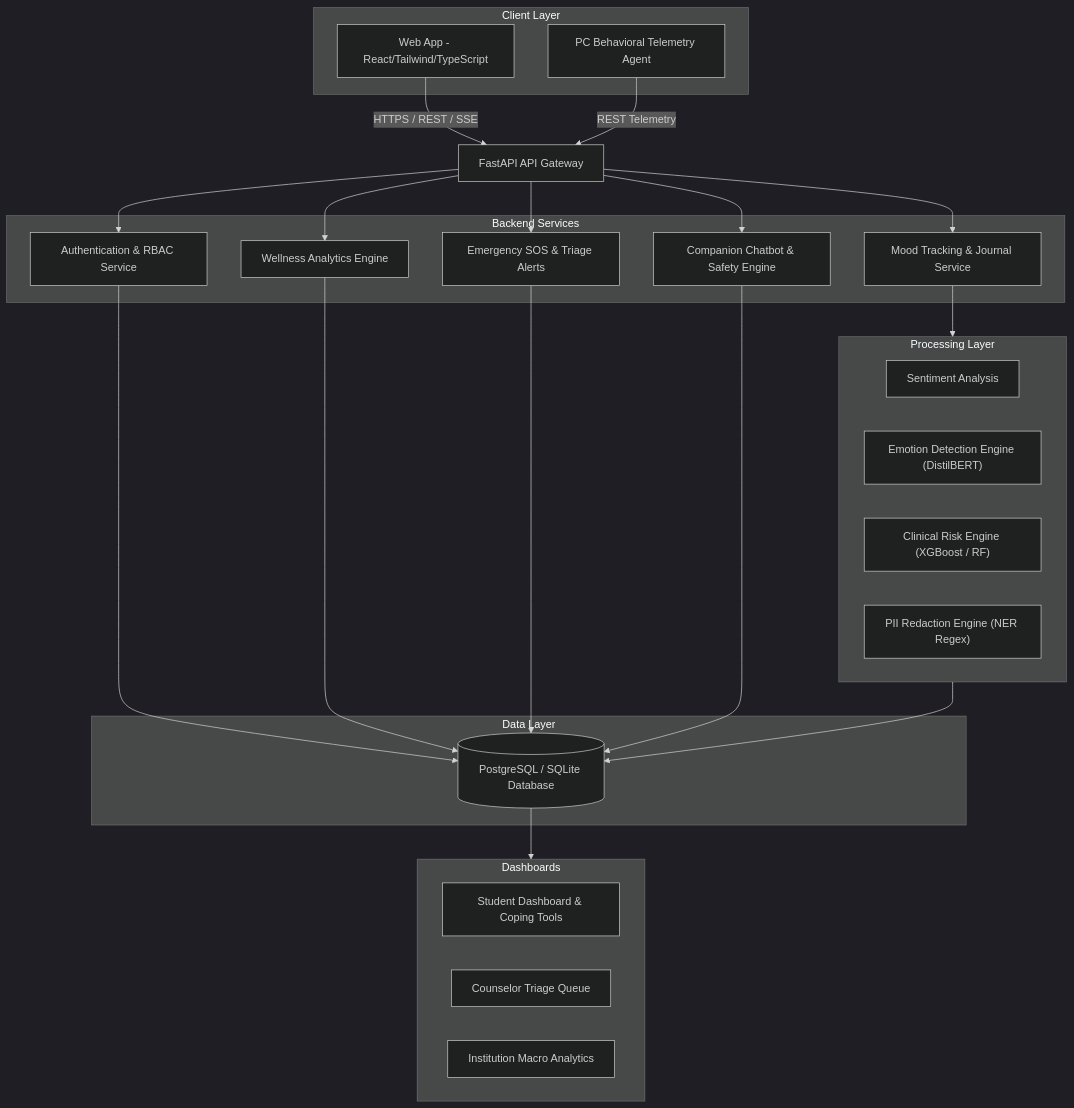
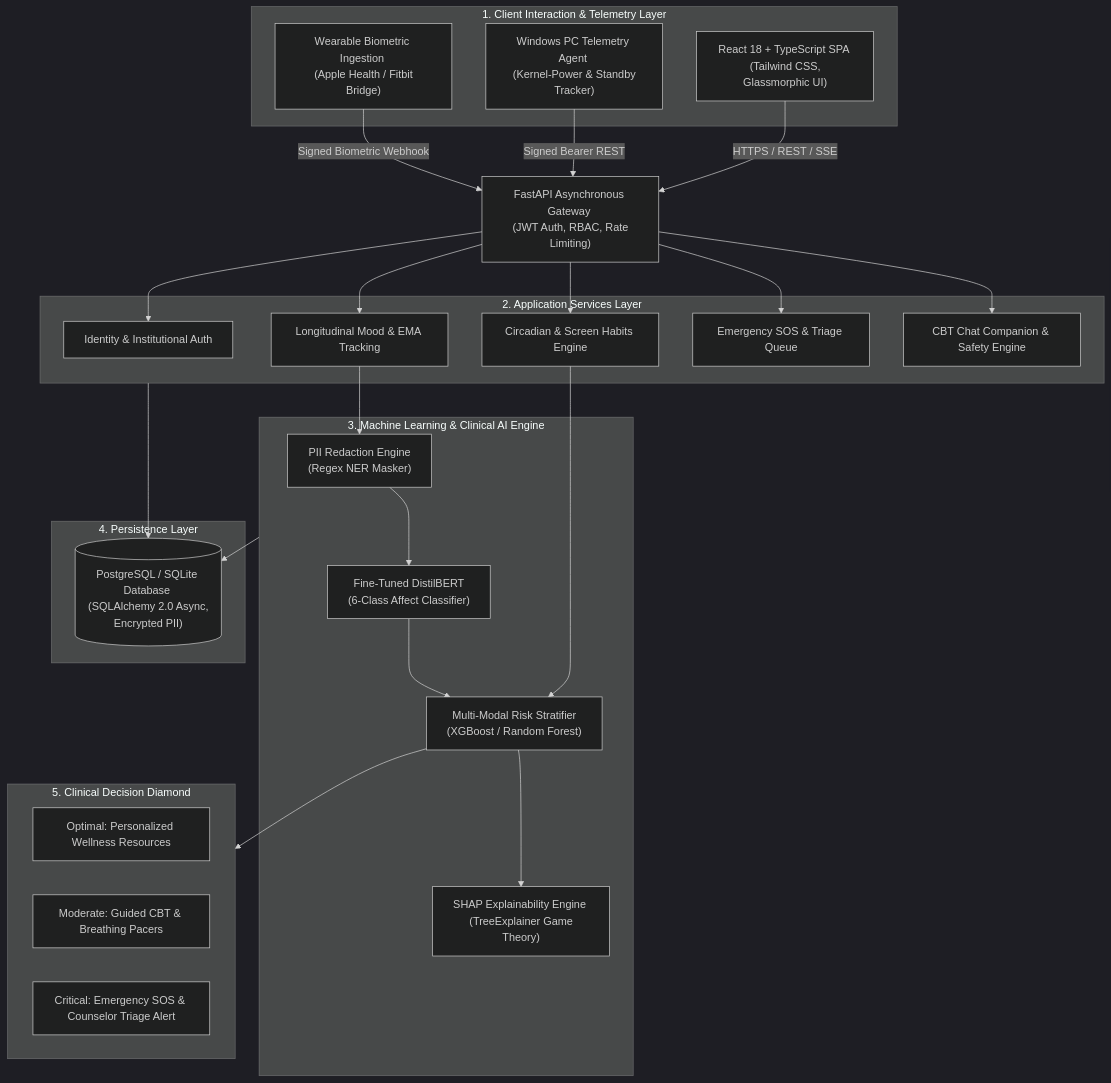
The first of 3 diagrams in README.md (PASUPULASAITEJA/MindGuardAI), drawn with Mermaid (dark theme) before and after one commit. The commit also changed other lines of this file and 33 other files, not shown here.

````diff
--- a/README.md
+++ b/README.md
@@ -98,60 +169,61 @@
 ```mermaid
 graph TD
-    %% Client Layer
-    subgraph ClientLayer ["Client Layer"]
-        Web["Web App - React/Tailwind/TypeScript"]
-        Agent["PC Behavioral Telemetry Agent"]
+    %% User Inputs
+    subgraph ClientLayer ["1. Client Interaction & Telemetry Layer"]
+        SPA["React 18 + TypeScript SPA <br> (Tailwind CSS, Glassmorphic UI)"]
+        Agent["Windows PC Telemetry Agent <br> (Kernel-Power & Standby Tracker)"]
+        Wearable["Wearable Biometric Ingestion <br> (Apple Health / Fitbit Bridge)"]
     end
 
-    %% Gateway Layer
-    Gateway["FastAPI API Gateway"]
+    %% Gateway
+    Gateway["FastAPI Asynchronous Gateway <br> (JWT Auth, RBAC, Rate Limiting)"]
 
-    %% Internal Micro-services
-    subgraph BackendServices ["Backend Services"]
-        Auth["Authentication & RBAC Service"]
-        Mood["Mood Tracking & Journal Service"]
-        Wellness["Wellness Analytics Engine"]
-        Alerts["Emergency SOS & Triage Alerts"]
-        Chat["Companion Chatbot & Safety Engine"]
+    %% Core Services
+    subgraph BackendServices ["2. Application Services Layer"]
+        AuthSvc["Identity & Institutional Auth"]
+        MoodSvc["Longitudinal Mood & EMA Tracking"]
+        BehSvc["Circadian & Screen Habits Engine"]
+        AlertSvc["Emergency SOS & Triage Queue"]
+        ChatSvc["CBT Chat Companion & Safety Engine"]
     end
 
-    %% AI / ML Processing
-    subgraph ProcessingLayer ["Processing Layer"]
-        Sentiment["Sentiment Analysis"]
-        Emotion["Emotion Detection Engine (DistilBERT)"]
-        Risk["Clinical Risk Engine (XGBoost / RF)"]
-        PII["PII Redaction Engine (NER Regex)"]
+    %% AI Pipeline
+    subgraph MLPipeline ["3. Machine Learning & Clinical AI Engine"]
+        PII["PII Redaction Engine <br> (Regex NER Masker)"]
+        DistilBERT["Fine-Tuned DistilBERT <br> (6-Class Affect Classifier)"]
+        RiskEngine["Multi-Modal Risk Stratifier <br> (XGBoost / Random Forest)"]
+        SHAP["SHAP Explainability Engine <br> (TreeExplainer Game Theory)"]
     end
 
-    %% Database
-    subgraph DataLayer ["Data Layer"]
-        DB[("PostgreSQL / SQLite Database")]
+    %% Persistence
+    subgraph StorageLayer ["4. Persistence Layer"]
+        DB[("PostgreSQL / SQLite Database <br> (SQLAlchemy 2.0 Async, Encrypted PII)")]
     end
 
-    %% Dashboard Outputs
-    subgraph Dashboards ["Dashboards"]
-        StudentDash["Student Dashboard & Coping Tools"]
-        CounselorDash["Counselor Triage Queue"]
-        AdminDash["Institution Macro Analytics"]
+    %% Triage Outputs
+    subgraph ActionTier ["5. Clinical Decision Diamond"]
+        LowRisk["Optimal: Personalized Wellness Resources"]
+        MedRisk["Moderate: Guided CBT & Breathing Pacers"]
+        HighRisk["Critical: Emergency SOS & Counselor Triage Alert"]
     end
 
-    %% Flow Connections
-    Web -->|HTTPS / REST / SSE| Gateway
-    Agent -->|REST Telemetry| Gateway
+    %% Wiring
+    SPA -->|HTTPS / REST / SSE| Gateway
+    Agent -->|Signed Bearer REST| Gateway
+    Wearable -->|Signed Biometric Webhook| Gateway
 
-    Gateway --> Auth
-    Gateway --> Mood
-    Gateway --> Wellness
-    Gateway --> Alerts
-    Gateway --> Chat
+    Gateway --> AuthSvc
+    Gateway --> MoodSvc
+    Gateway --> BehSvc
+    Gateway --> AlertSvc
+    Gateway --> ChatSvc
 
-    Mood --> ProcessingLayer
-    ProcessingLayer --> DB
-    
-    Auth --> DB
-    Wellness --> DB
-    Alerts --> DB
-    Chat --> DB
+    MoodSvc --> PII --> DistilBERT
+    BehSvc --> RiskEngine
+    DistilBERT --> RiskEngine
+    RiskEngine --> SHAP
+    RiskEngine --> ActionTier
 
-    DB --> Dashboards
+    BackendServices --> DB
+    MLPipeline --> DB
 ```
````
